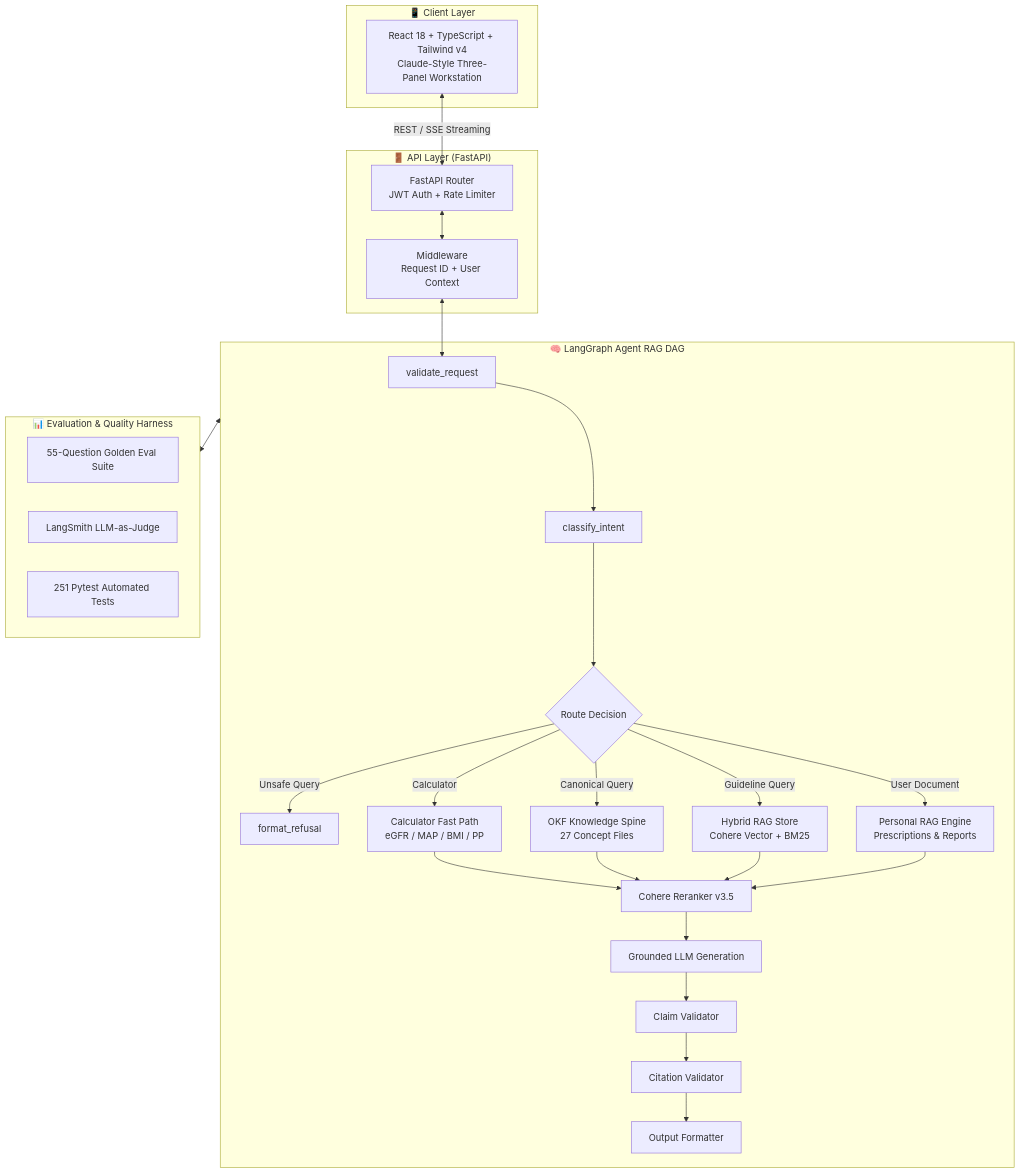
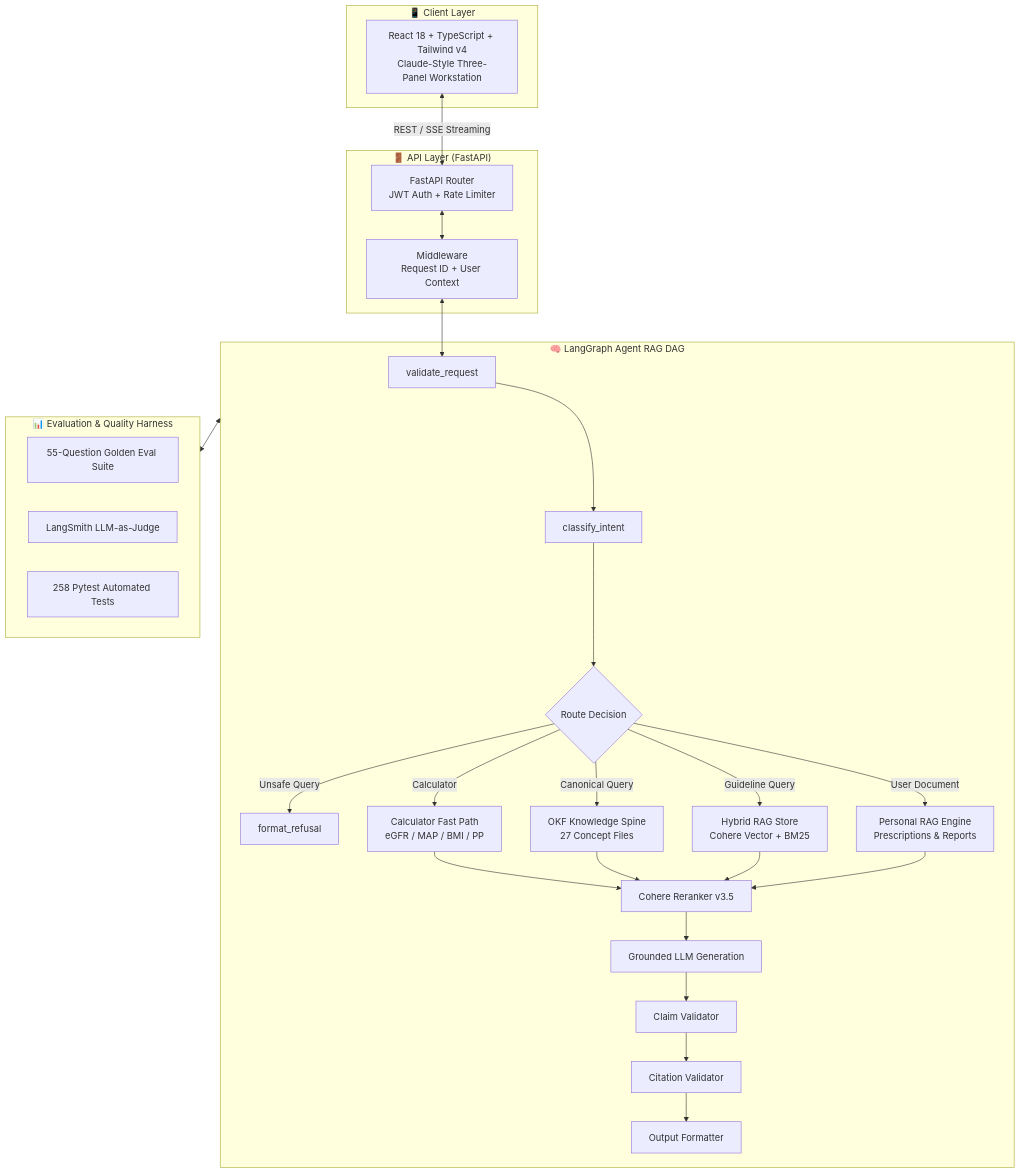
The diagram in README.md (jeevesh2515/clinical-rag-agent), drawn with Mermaid before and after one commit. The commit also changed other lines of this file and 17 other files, not shown here.

````diff
--- a/README.md
+++ b/README.md
@@ -154,42 +154,42 @@
 ```mermaid
 flowchart TD
     subgraph Client["📱 Client Layer"]
         A[React 18 + TypeScript + Tailwind v4<br/>Claude-Style Three-Panel Workstation]
     end
 
     subgraph API["🚪 API Layer (FastAPI)"]
         B[FastAPI Router<br/>JWT Auth + Rate Limiter]
         C[Middleware<br/>Request ID + User Context]
     end
 
     subgraph Agent["🧠 LangGraph Agent RAG DAG"]
         D[validate_request] --> E[classify_intent]
         E --> F{Route Decision}
         F -->|Unsafe Query| G[format_refusal]
         F -->|Calculator| H[Calculator Fast Path<br/>eGFR / MAP / BMI / PP]
         F -->|Canonical Query| I[OKF Knowledge Spine<br/>27 Concept Files]
         F -->|Guideline Query| J[Hybrid RAG Store<br/>Cohere Vector + BM25]
         F -->|User Document| J2[Personal RAG Engine<br/>Prescriptions & Reports]
 
         H --> K[Cohere Reranker v3.5]
         I --> K
         J --> K
         J2 --> K
 
         K --> L[Grounded LLM Generation]
         L --> M[Claim Validator]
         M --> N[Citation Validator]
         N --> O[Output Formatter]
     end
 
     subgraph Evaluation["📊 Evaluation & Quality Harness"]
         P[55-Question Golden Eval Suite]
         Q[LangSmith LLM-as-Judge]
-        R[251 Pytest Automated Tests]
+        R[258 Pytest Automated Tests]
     end
 
     A <-->|REST / SSE Streaming| B
     B <--> C
     C <--> D
     Agent <--> Evaluation
 ```
````
